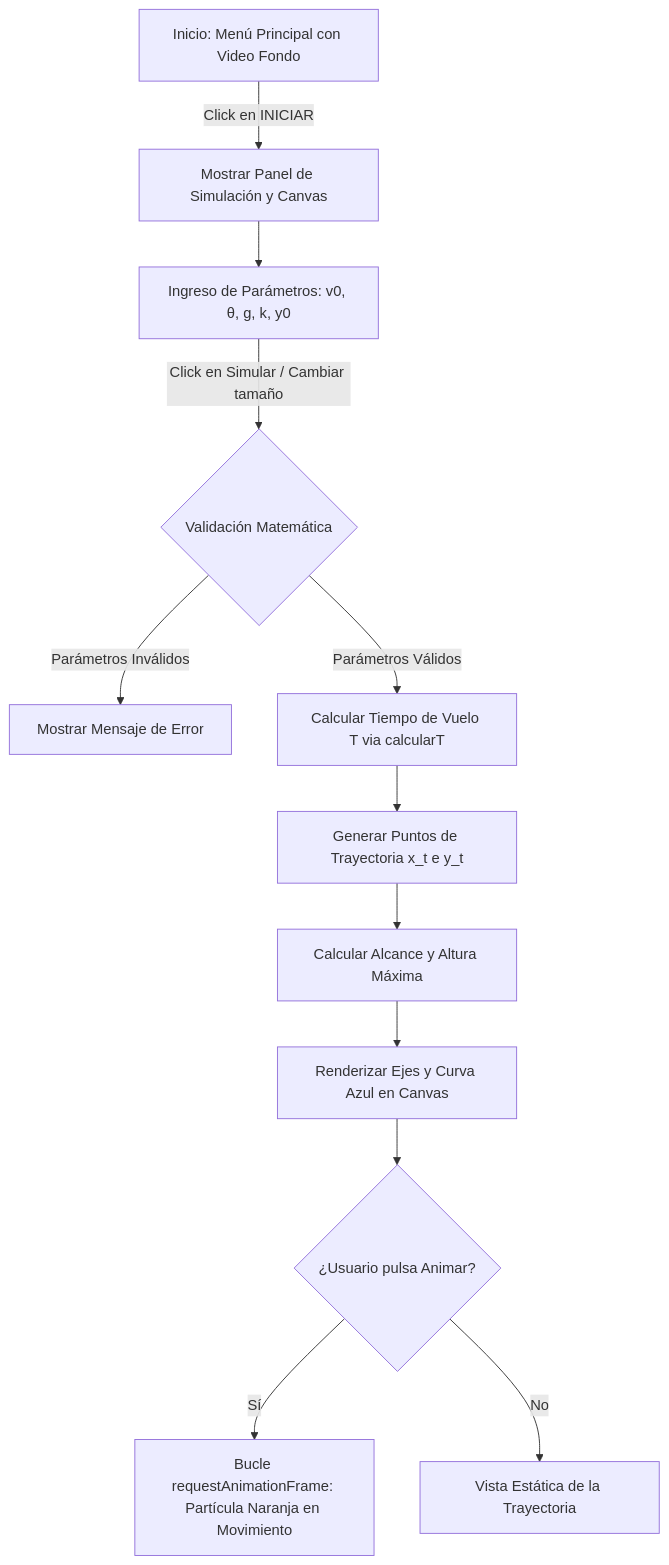
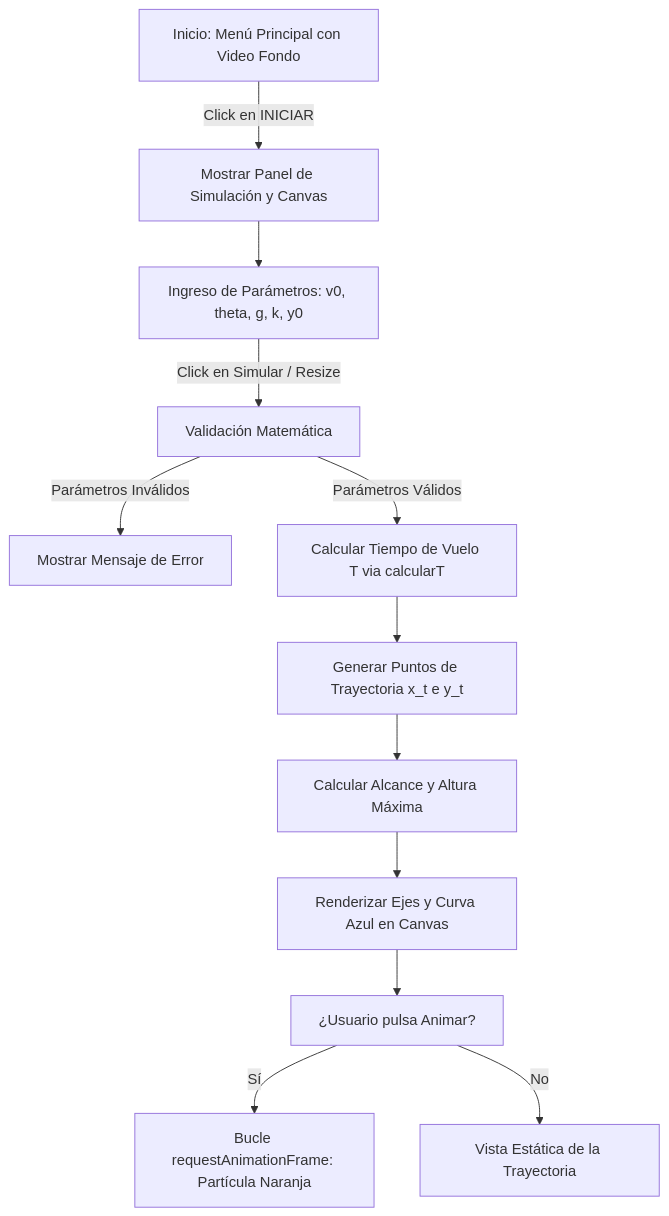
The diagram in README.md (LuisFelipe25/LuisFelipe25.github.io), drawn with Mermaid before and after one commit.

Commit message:
fix(docs): corregir sintaxis del diagrama Mermaid para renderizado en GitHub

````diff
--- a/README.md
+++ b/README.md
@@ -66,14 +66,14 @@
 ```mermaid
-flowchart TD
+graph TD
     A["Inicio: Menú Principal con Video Fondo"] -->|Click en INICIAR| B["Mostrar Panel de Simulación y Canvas"]
-    B --> C["Ingreso de Parámetros: v0, θ, g, k, y0"]
-    C -->|Click en Simular / Cambiar tamaño| D{"Validación Matemática"}
-    D -- Parámetros Inválidos --> E["Mostrar Mensaje de Error"]
-    D -- Parámetros Válidos --> F["Calcular Tiempo de Vuelo T via calcularT"]
+    B --> C["Ingreso de Parámetros: v0, theta, g, k, y0"]
+    C -->|Click en Simular / Resize| D["Validación Matemática"]
+    D -->|Parámetros Inválidos| E["Mostrar Mensaje de Error"]
+    D -->|Parámetros Válidos| F["Calcular Tiempo de Vuelo T via calcularT"]
     F --> G["Generar Puntos de Trayectoria x_t e y_t"]
     G --> H["Calcular Alcance y Altura Máxima"]
     H --> I["Renderizar Ejes y Curva Azul en Canvas"]
-    I --> J{"¿Usuario pulsa Animar?"}
-    J -- Sí --> K["Bucle requestAnimationFrame: Partícula Naranja en Movimiento"]
-    J -- No --> L["Vista Estática de la Trayectoria"]
+    I --> J["¿Usuario pulsa Animar?"]
+    J -->|Sí| K["Bucle requestAnimationFrame: Partícula Naranja"]
+    J -->|No| L["Vista Estática de la Trayectoria"]
 ```
````
